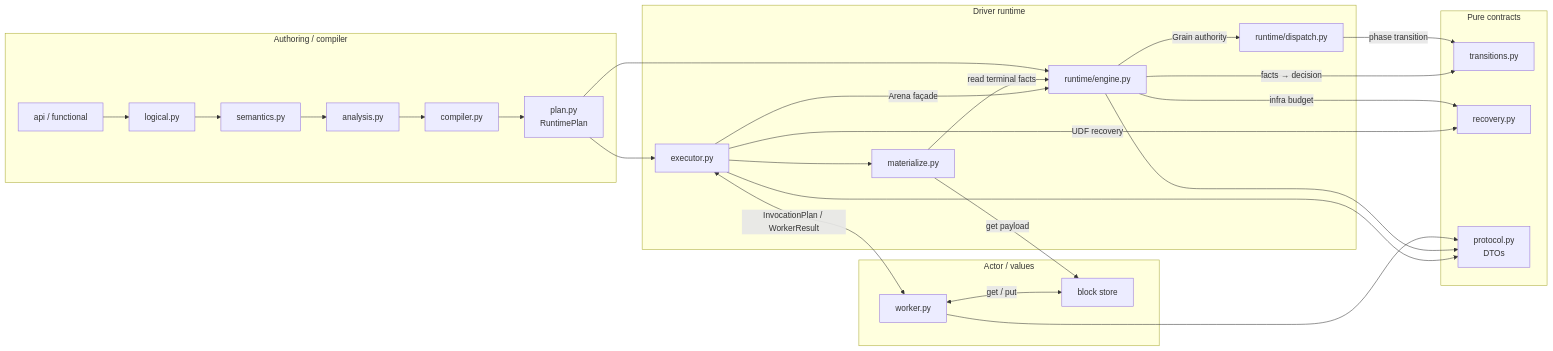
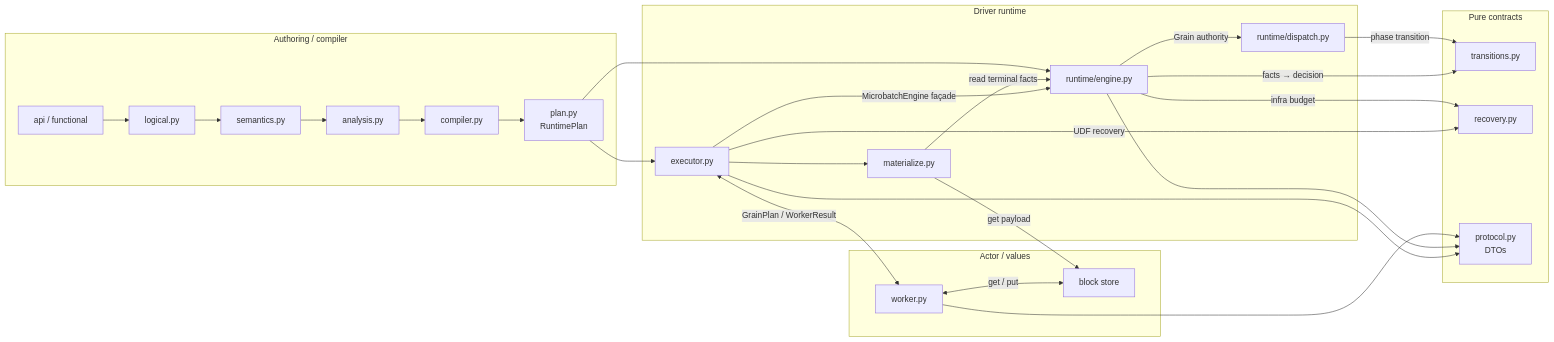
Before and after one commit to OpenDCAI/RayOrch: diagram 15 of 16 in docs/multigrain_v3_6_tutorial.md, drawn with Mermaid. The commit also changed other lines of this file and 38 other files, not shown here.

Commit message:
feat(v3.6): unify architecture vocabulary and state ownership

````diff
--- a/docs/multigrain_v3_6_tutorial.md
+++ b/docs/multigrain_v3_6_tutorial.md
@@ -1437,41 +1458,41 @@
 ```mermaid
 flowchart LR
     subgraph Frontend["Authoring / compiler"]
         API["api / functional"] --> Logical["logical.py"]
         Logical --> Semantics["semantics.py"]
         Semantics --> Analysis["analysis.py"]
         Analysis --> Compiler["compiler.py"]
         Compiler --> Plan["plan.py<br/>RuntimePlan"]
     end
 
     subgraph Pure["Pure contracts"]
         Transitions["transitions.py"]
         Recovery["recovery.py"]
         Protocol["protocol.py<br/>DTOs"]
     end
 
     subgraph Runtime["Driver runtime"]
-        Executor["executor.py"] -->|"Arena façade"| Arena["runtime/engine.py"]
-        Arena -->|"Grain authority"| Dispatch["runtime/dispatch.py"]
+        Executor["executor.py"] -->|"MicrobatchEngine façade"| MicrobatchEngine["runtime/engine.py"]
+        MicrobatchEngine -->|"Grain authority"| Dispatch["runtime/dispatch.py"]
         Executor --> Materialize["materialize.py"]
-        Materialize -->|"read terminal facts"| Arena
+        Materialize -->|"read terminal facts"| MicrobatchEngine
     end
 
     subgraph ActorSide["Actor / values"]
         Worker["worker.py"]
         Store["block store"]
         Worker <-->|"get / put"| Store
     end
 
     Plan --> Executor
-    Plan --> Arena
-    Arena -->|"facts → decision"| Transitions
+    Plan --> MicrobatchEngine
+    MicrobatchEngine -->|"facts → decision"| Transitions
     Dispatch -->|"phase transition"| Transitions
     Executor -->|"UDF recovery"| Recovery
-    Arena -->|"infra budget"| Recovery
+    MicrobatchEngine -->|"infra budget"| Recovery
     Executor --> Protocol
-    Arena --> Protocol
+    MicrobatchEngine --> Protocol
     Worker --> Protocol
-    Executor <-->|"InvocationPlan / WorkerResult"| Worker
+    Executor <-->|"GrainPlan / WorkerResult"| Worker
     Materialize -->|"get payload"| Store
 ```
````
